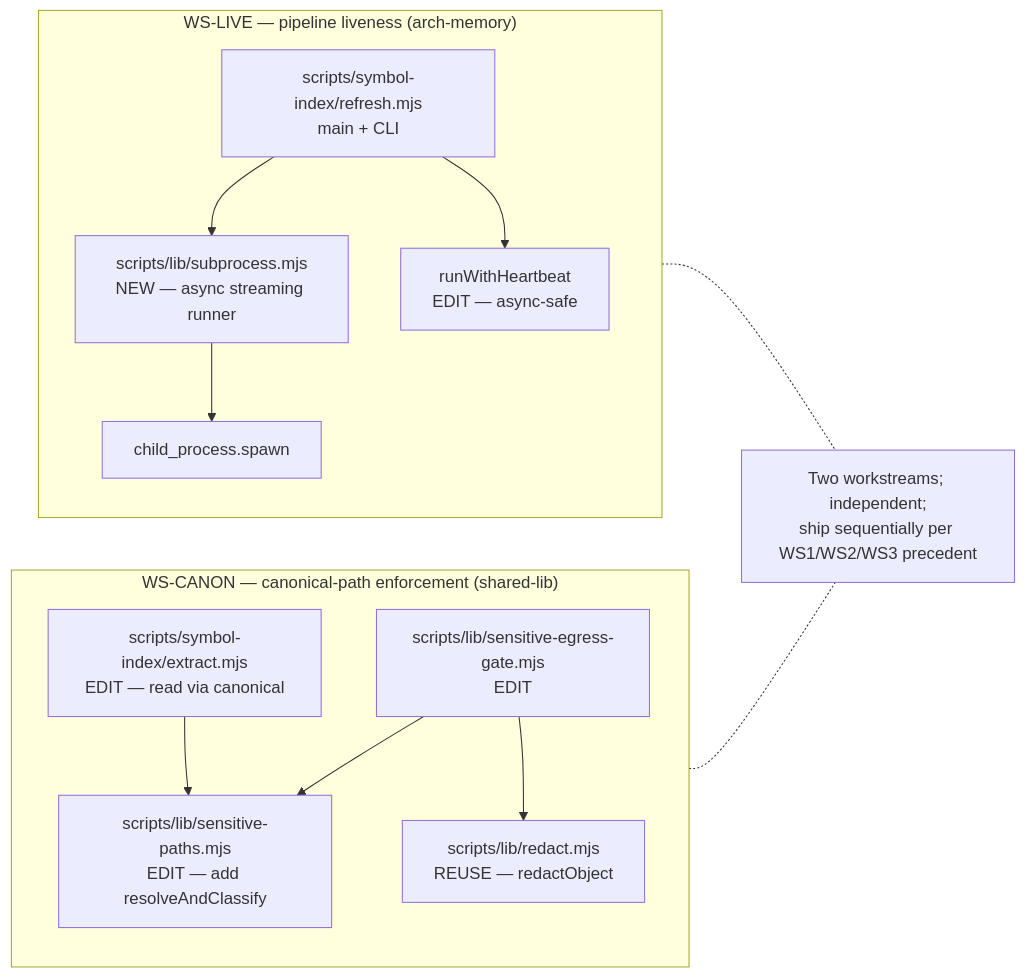
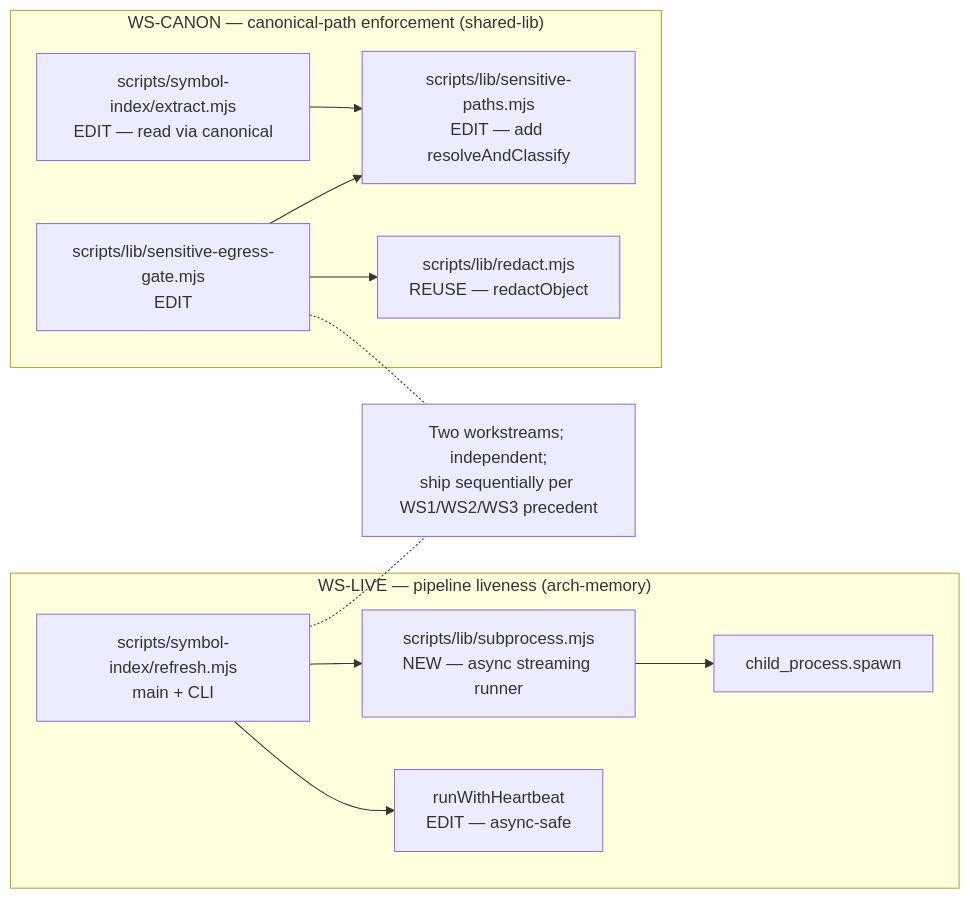
Before and after one commit to Lbstrydom/claude-engineering-skills: the diagram in docs/plans/liveness-and-canonical-paths.md, drawn with Mermaid. The commit also changed 4 other files, not shown here.

````diff
--- a/docs/plans/liveness-and-canonical-paths.md
+++ b/docs/plans/liveness-and-canonical-paths.md
@@ -49,21 +49,24 @@
 ```mermaid
 graph LR
   subgraph WS_LIVE["WS-LIVE — pipeline liveness (arch-memory)"]
     R1[scripts/symbol-index/refresh.mjs<br/>main + CLI]
     R1 --> SP[scripts/lib/subprocess.mjs<br/>NEW — async streaming runner]
     SP --> CH[child_process.spawn]
     R1 --> HB[runWithHeartbeat<br/>EDIT — async-safe]
   end
   subgraph WS_CANON["WS-CANON — canonical-path enforcement (shared-lib)"]
     GATE[scripts/lib/sensitive-egress-gate.mjs<br/>EDIT]
     SP_LIB[scripts/lib/sensitive-paths.mjs<br/>EDIT — add resolveAndClassify]
     EX[scripts/symbol-index/extract.mjs<br/>EDIT — read via canonical]
     RED[scripts/lib/redact.mjs<br/>REUSE — redactObject]
     GATE --> SP_LIB
     GATE --> RED
     EX --> SP_LIB
   end
-  note1[Two workstreams; independent;<br/>ship sequentially per WS1/WS2/WS3 precedent]
-  WS_LIVE -.- note1
-  WS_CANON -.- note1
+  %% Caption — anchored to one node in each subgraph rather than the
+  %% subgraph IDs (Mermaid graph syntax doesn't allow subgraphs as edge
+  %% endpoints; doing so silently failed VS Code preview).
+  note1["Two workstreams; independent;<br/>ship sequentially per WS1/WS2/WS3 precedent"]
+  R1 -.- note1
+  GATE -.- note1
 ```
````
